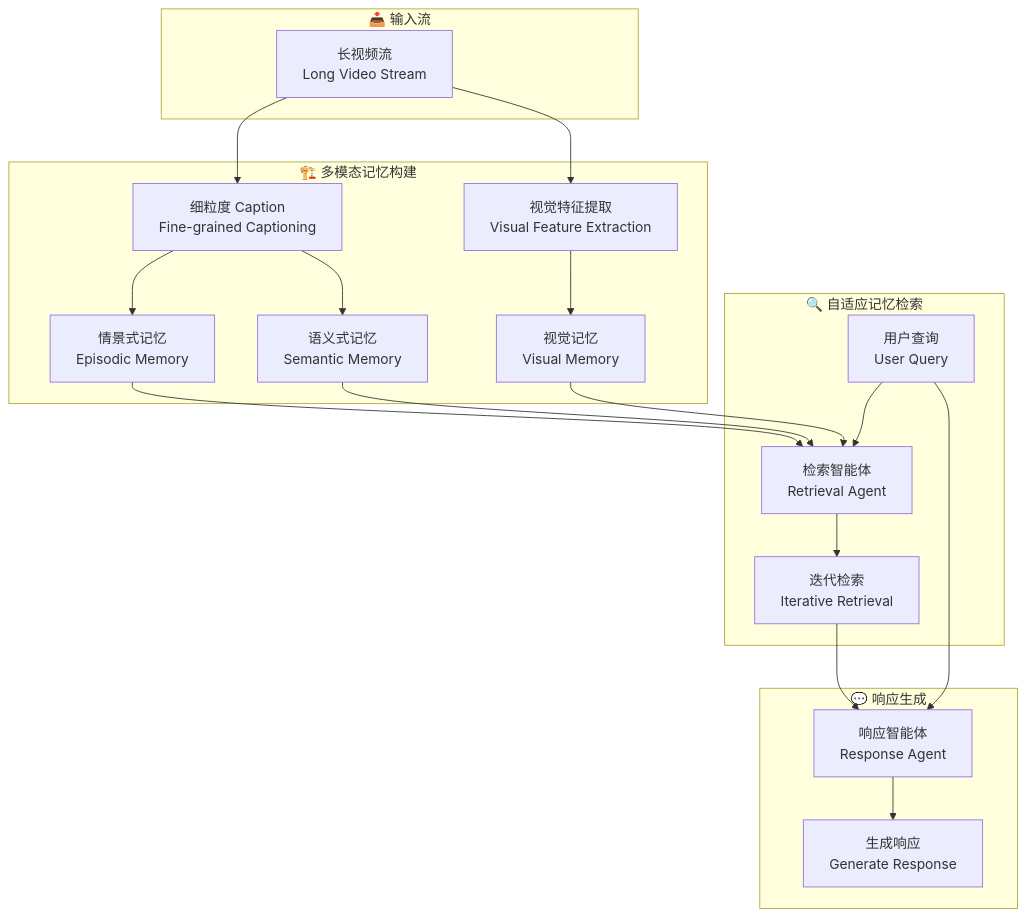
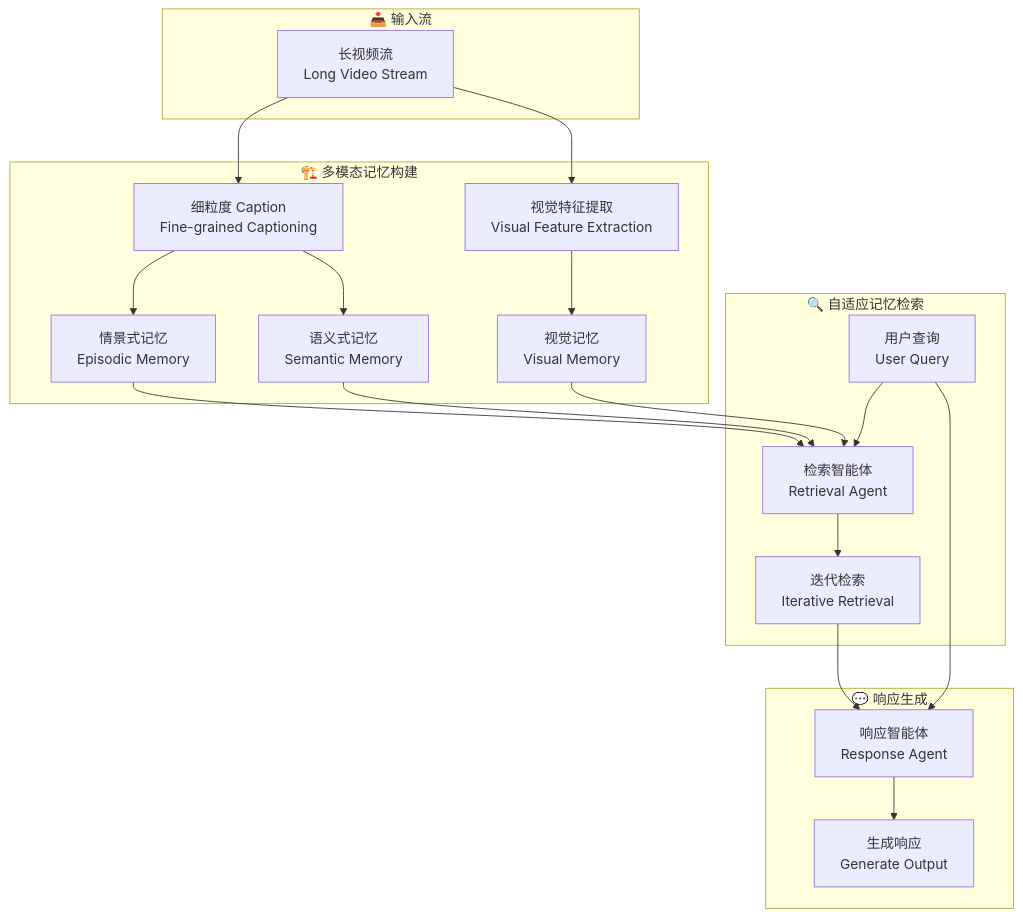
The diagram in papers/2025/05_2025-12_WorldMM-动态多模态记忆智能体_2026-03-22.md (Haiyoung/AgentMemoryAtlas), drawn with Mermaid before and after one commit. The commit also changed other lines of this file and 1 other file, not shown here.

````diff
--- a/papers/2025/05_2025-12_WorldMM-动态多模态记忆智能体_2026-03-22.md
+++ b/papers/2025/05_2025-12_WorldMM-动态多模态记忆智能体_2026-03-22.md
@@ -47,39 +47,39 @@
 ```mermaid
 flowchart TB
     subgraph Input["📥 输入流"]
         X[长视频流\nLong Video Stream]
     end
     
     subgraph Construction["🏗️ 多模态记忆构建"]
         Cap[细粒度 Caption\nFine-grained Captioning]
         Episodic[情景式记忆\nEpisodic Memory]
         Semantic[语义式记忆\nSemantic Memory]
         Visual[视觉特征提取\nVisual Feature Extraction]
         VisualMem[视觉记忆\nVisual Memory]
     end
     
     subgraph Retrieval["🔍 自适应记忆检索"]
         Query[用户查询\nUser Query]
         Agent[检索智能体\nRetrieval Agent]
         Iterative[迭代检索\nIterative Retrieval]
     end
     
     subgraph Response["💬 响应生成"]
         RespAgent[响应智能体\nResponse Agent]
-        Output[生成响应\nGenerate Response]
+        Output[生成响应\nGenerate Output]
     end
     
     X --> Cap
     Cap --> Episodic
     Cap --> Semantic
     X --> Visual
     Visual --> VisualMem
     Episodic --> Agent
     Semantic --> Agent
     VisualMem --> Agent
     Query --> Agent
     Agent --> Iterative
     Iterative --> RespAgent
     Query --> RespAgent
     RespAgent --> Output
 ```
````
